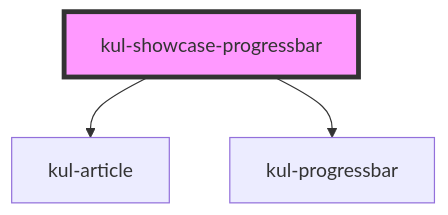
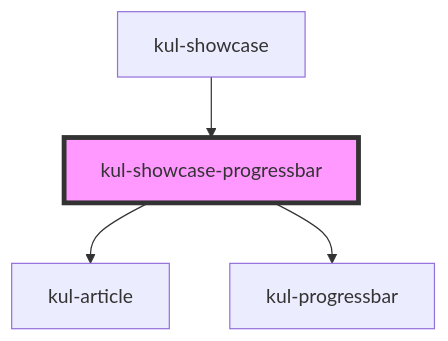
One commit to lucafoscili/ketchup-lite changed the diagram in packages/ketchup-lite/src/components/kul-showcase/components/progressbar/readme.md. Above: the diagram before and after it, drawn with Mermaid. The commit also changed other lines of this file and 45 other files, not shown here.

````diff
--- a/packages/ketchup-lite/src/components/kul-showcase/components/progressbar/readme.md
+++ b/packages/ketchup-lite/src/components/kul-showcase/components/progressbar/readme.md
@@ -24,6 +28,7 @@
 ```mermaid
 graph TD;
   kul-showcase-progressbar --> kul-article
   kul-showcase-progressbar --> kul-progressbar
+  kul-showcase --> kul-showcase-progressbar
   style kul-showcase-progressbar fill:#f9f,stroke:#333,stroke-width:4px
 ```
````
